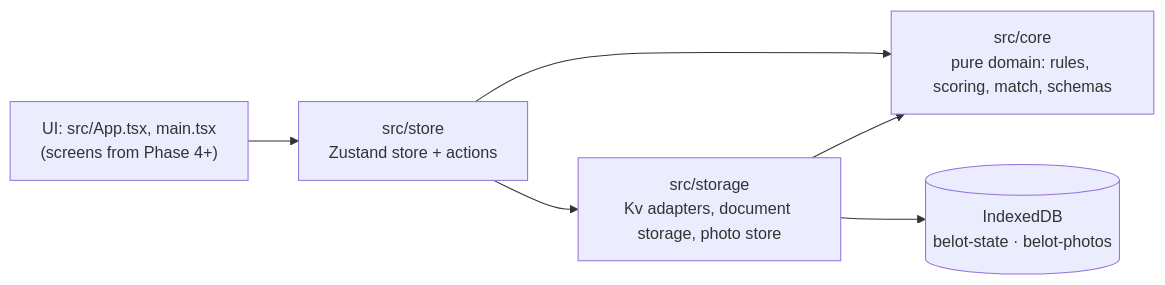
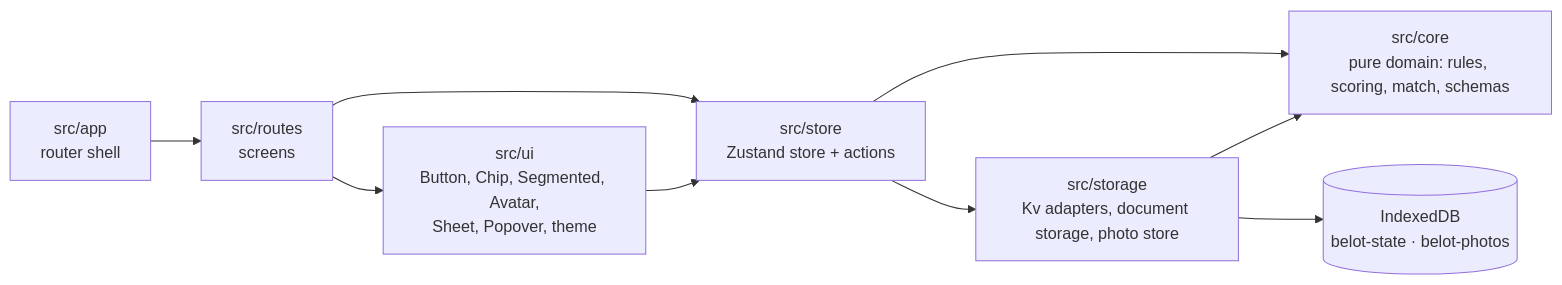
The diagram in docs/Architecture/Overview.md (stoyanov624/Belot_Scorer), drawn with Mermaid before and after one commit. The commit also changed other lines of this file and 6 other files, not shown here.

````diff
--- a/docs/Architecture/Overview.md
+++ b/docs/Architecture/Overview.md
@@ -7,9 +7,12 @@
 ```mermaid
 flowchart LR
-  UI["UI: src/App.tsx, main.tsx<br/>(screens from Phase 4+)"] --> Store
+  Routes["src/routes<br/>screens"] --> UI
+  Routes --> Store
+  App["src/app<br/>router shell"] --> Routes
+  UI["src/ui<br/>Button, Chip, Segmented, Avatar,<br/>Sheet, Popover, theme"] --> Store
   Store["src/store<br/>Zustand store + actions"] --> Core
   Store --> Storage
   Storage["src/storage<br/>Kv adapters, document storage, photo store"] --> Core
   Storage --> IDB[("IndexedDB<br/>belot-state · belot-photos")]
   Core["src/core<br/>pure domain: rules, scoring, match, schemas"]
 ```
````
